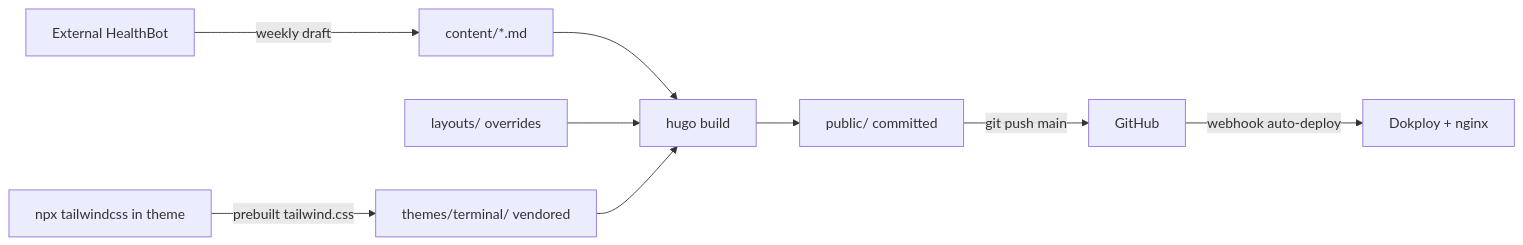
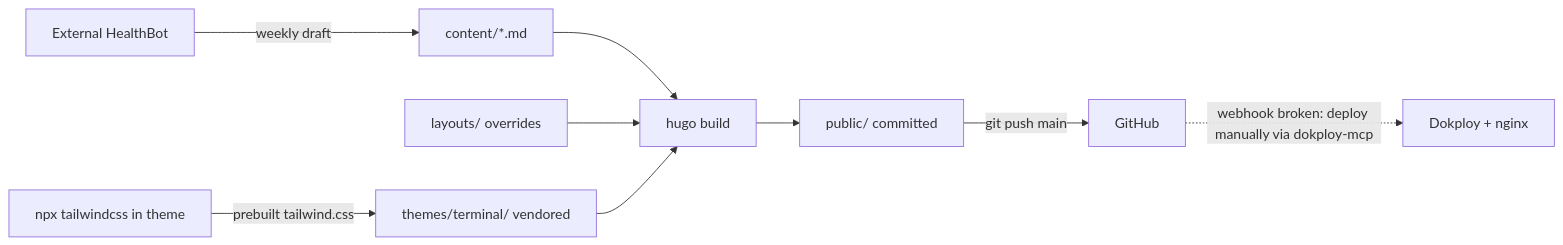
One commit to robwilde/mrwilde.dev changed the diagram in AGENTS.md. Above: the diagram before and after it, drawn with Mermaid. The commit also changed other lines of this file, not shown here.

Commit message:
docs: correct deployment section — GitHub webhook not firing, deploy via dokploy-mcp; use hugo --cleanDestinationDir

````diff
--- a/AGENTS.md
+++ b/AGENTS.md
@@ -19,11 +19,11 @@
 ```mermaid
 flowchart LR
   C[content/*.md] --> H[hugo build]
   L[layouts/ overrides] --> H
   T[themes/terminal/ vendored] --> H
   TW[npx tailwindcss in theme] -->|prebuilt tailwind.css| T
   H --> P[public/ committed]
   P -->|git push main| G[GitHub]
-  G -->|webhook auto-deploy| D[Dokploy + nginx]
+  G -.->|webhook broken: deploy manually via dokploy-mcp| D[Dokploy + nginx]
   HB[External HealthBot] -->|weekly draft| C
 ```
````
